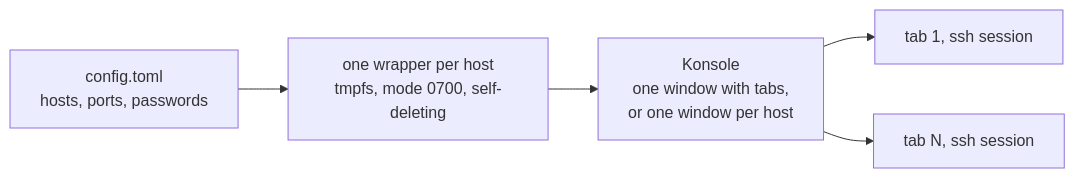
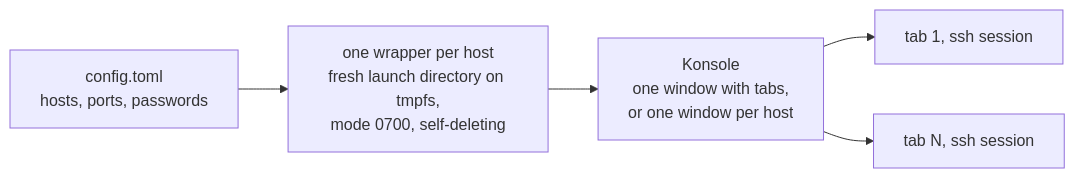
One commit to PaulGoG/SshAutoLogin.jl changed the diagram in README.md. Above: the diagram before and after it, drawn with Mermaid. The commit also changed other lines of this file and 16 other files, not shown here.

````diff
--- a/README.md
+++ b/README.md
@@ -92,12 +92,12 @@
 ```mermaid
 flowchart LR
     cfg["config.toml<br/>hosts, ports, passwords"]
-    wrap["one wrapper per host<br/>tmpfs, mode 0700, self-deleting"]
+    wrap["one wrapper per host<br/>fresh launch directory on tmpfs,<br/>mode 0700, self-deleting"]
     kon["Konsole<br/>one window with tabs,<br/>or one window per host"]
     t1["tab 1, ssh session"]
     tn["tab N, ssh session"]
     cfg --> wrap
     wrap --> kon
     kon --> t1
     kon --> tn
 ```
````
